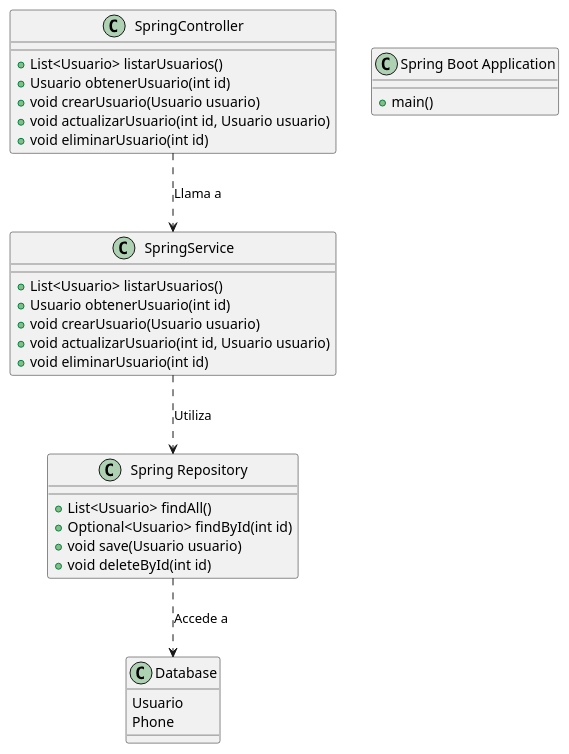
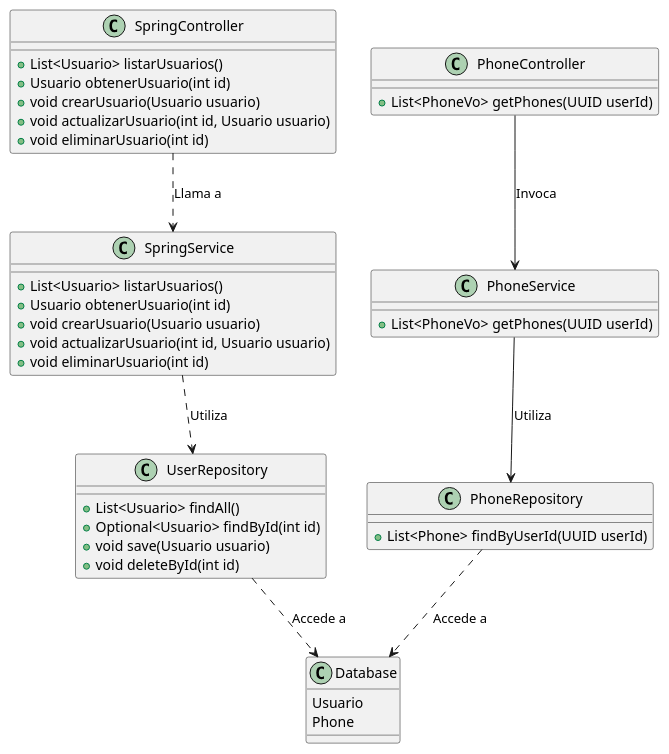
Before and after one commit to ifyum/bci-user-crud-api: the diagram in src/main/resources/mi-diagrama.puml, drawn with PlantUML.

```diff
--- a/src/main/resources/mi-diagrama.puml
+++ b/src/main/resources/mi-diagrama.puml
@@ -1,39 +1,49 @@
 @startuml
 
 class SpringController {
   + List<Usuario> listarUsuarios()
   + Usuario obtenerUsuario(int id)
   + void crearUsuario(Usuario usuario)
   + void actualizarUsuario(int id, Usuario usuario)
   + void eliminarUsuario(int id)
 }
 
 class SpringService {
   + List<Usuario> listarUsuarios()
   + Usuario obtenerUsuario(int id)
   + void crearUsuario(Usuario usuario)
   + void actualizarUsuario(int id, Usuario usuario)
   + void eliminarUsuario(int id)
 }
 
-class "Spring Repository" {
+class "UserRepository" {
   + List<Usuario> findAll()
   + Optional<Usuario> findById(int id)
   + void save(Usuario usuario)
   + void deleteById(int id)
 }
 
-class "Database" {
+class Database {
   Usuario
   Phone
 }
 
-class "Spring Boot Application" {
-  + main()
+class PhoneService {
+  + List<PhoneVo> getPhones(UUID userId)
+}
+
+class PhoneRepository {
+  + List<Phone> findByUserId(UUID userId)
+}
+
+class PhoneController {
+  + List<PhoneVo> getPhones(UUID userId)
 }
 
 SpringController ..> SpringService : Llama a
-SpringService ..> "Spring Repository" : Utiliza
-"Spring Repository" ..> "Database" : Accede a
-
+SpringService ..> "UserRepository" : Utiliza
+"UserRepository" ..> Database : Accede a
+PhoneController --> PhoneService : Invoca
+PhoneService --> PhoneRepository : Utiliza
+"PhoneRepository" ..> Database : Accede a
 @enduml
```
